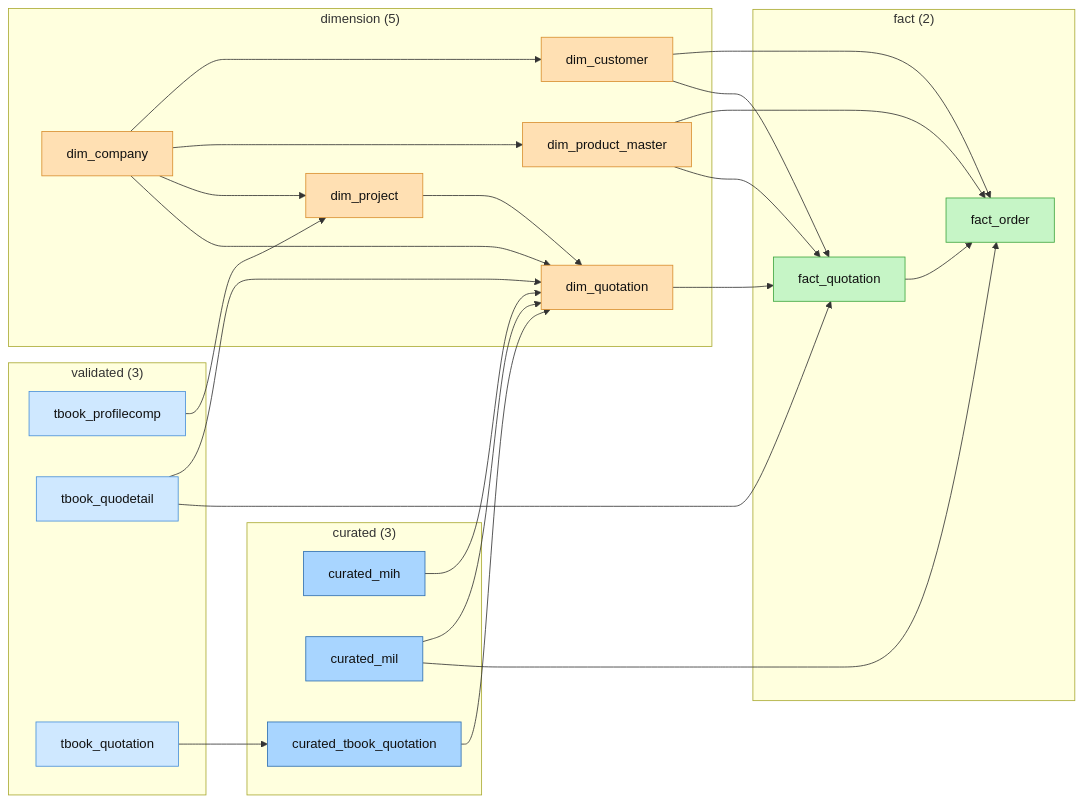
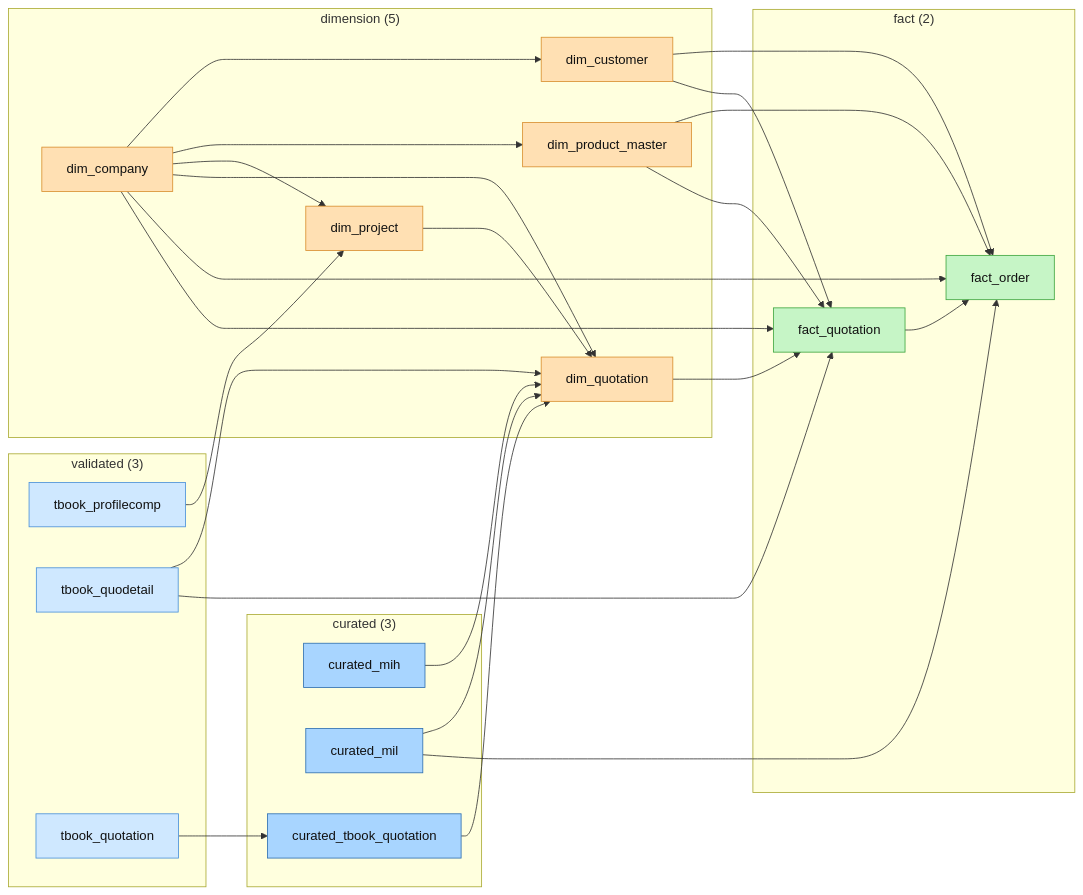
One commit to warayut-ALL-IN-AI/data-buffet changed the eighth of 12 diagrams in document/diagrams/topic_flows.md. Above: the diagram before and after it, drawn with Mermaid. The commit also changed other lines of this file and 2 other files, not shown here.

First line of the commit message:
view_dim_aging_history: derive AgingSK/BillingSK instead of trusting the snapshot

````diff
--- a/document/diagrams/topic_flows.md
+++ b/document/diagrams/topic_flows.md
@@ -712,52 +826,54 @@
 ```mermaid
 flowchart LR
   subgraph validated["validated (3)"]
     tbook_profilecomp["tbook_profilecomp"]
     tbook_quodetail["tbook_quodetail"]
     tbook_quotation["tbook_quotation"]
   end
   subgraph curated["curated (3)"]
     curated_mih["curated_mih"]
     curated_mil["curated_mil"]
     curated_tbook_quotation["curated_tbook_quotation"]
   end
   subgraph dimension["dimension (5)"]
     dim_company["dim_company"]
     dim_customer["dim_customer"]
     dim_product_master["dim_product_master"]
     dim_project["dim_project"]
     dim_quotation["dim_quotation"]
   end
   subgraph fact["fact (2)"]
     fact_order["fact_order"]
     fact_quotation["fact_quotation"]
   end
   curated_mih --> dim_quotation
   curated_mil --> dim_quotation
   curated_mil --> fact_order
   curated_tbook_quotation --> dim_quotation
   dim_company --> dim_customer
   dim_company --> dim_product_master
   dim_company --> dim_project
   dim_company --> dim_quotation
+  dim_company --> fact_order
+  dim_company --> fact_quotation
   dim_customer --> fact_order
   dim_customer --> fact_quotation
   dim_product_master --> fact_order
   dim_product_master --> fact_quotation
   dim_project --> dim_quotation
   dim_quotation --> fact_quotation
   fact_quotation --> fact_order
   tbook_profilecomp --> dim_project
   tbook_quodetail --> dim_quotation
   tbook_quodetail --> fact_quotation
   tbook_quotation --> curated_tbook_quotation
   classDef validated fill:#cfe8ff,stroke:#4a90d9,color:#111;
   classDef curated fill:#a8d5ff,stroke:#2f6fb0,color:#111;
   classDef dimension fill:#ffe0b3,stroke:#d98f2f,color:#111;
   classDef fact fill:#c6f5c6,stroke:#3fa63f,color:#111;
   classDef paused fill:#f5f5f5,stroke:#bbb,color:#999,stroke-dasharray:4 3;
   class tbook_profilecomp,tbook_quodetail,tbook_quotation validated;
   class curated_mih,curated_mil,curated_tbook_quotation curated;
   class dim_company,dim_customer,dim_product_master,dim_project,dim_quotation dimension;
   class fact_order,fact_quotation fact;
 ```
````
